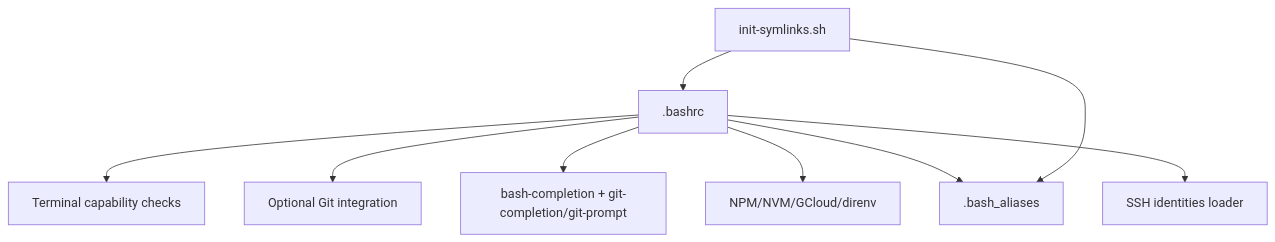
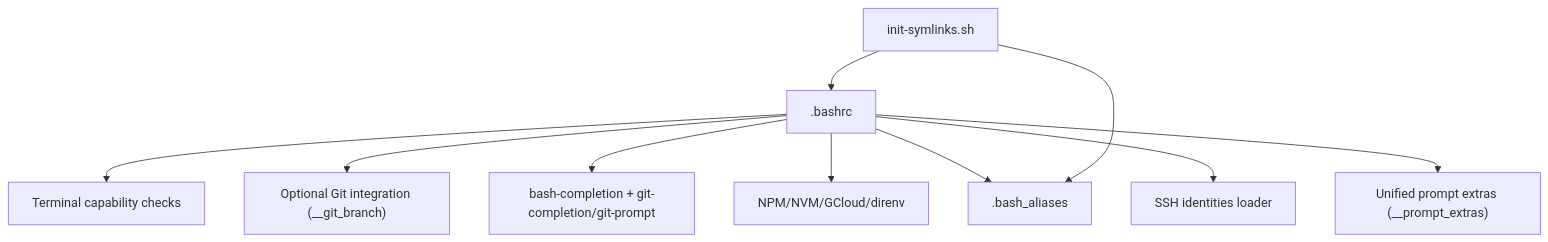
The eighth of 8 diagrams in .qoder/repowiki/en/content/Shell Configurations/Bash Configuration.md (cr8ivecodesmith/dotfiles), drawn with Mermaid before and after one commit. The commit also changed other lines of this file and 5 other files, not shown here.

````diff
--- a/.qoder/repowiki/en/content/Shell Configurations/Bash Configuration.md
+++ b/.qoder/repowiki/en/content/Shell Configurations/Bash Configuration.md
@@ -278,11 +327,12 @@
 ```mermaid
 graph TB
 RC[".bashrc"] --> Term["Terminal capability checks"]
-RC --> Git["Optional Git integration"]
+RC --> Git["Optional Git integration (__git_branch)"]
 RC --> Comp["bash-completion + git-completion/git-prompt"]
 RC --> Tools["NPM/NVM/GCloud/direnv"]
 RC --> Aliases[".bash_aliases"]
 RC --> SSH["SSH identities loader"]
+RC --> Extras["Unified prompt extras (__prompt_extras)"]
 Script["init-symlinks.sh"] --> RC
 Script --> Aliases
 ```
````
